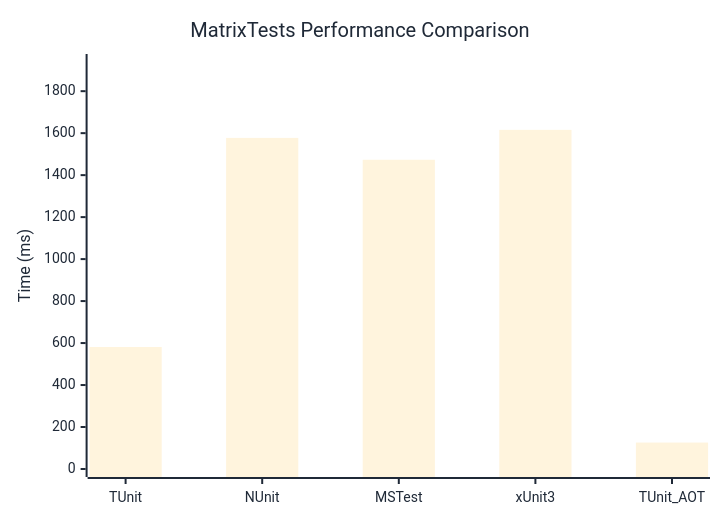
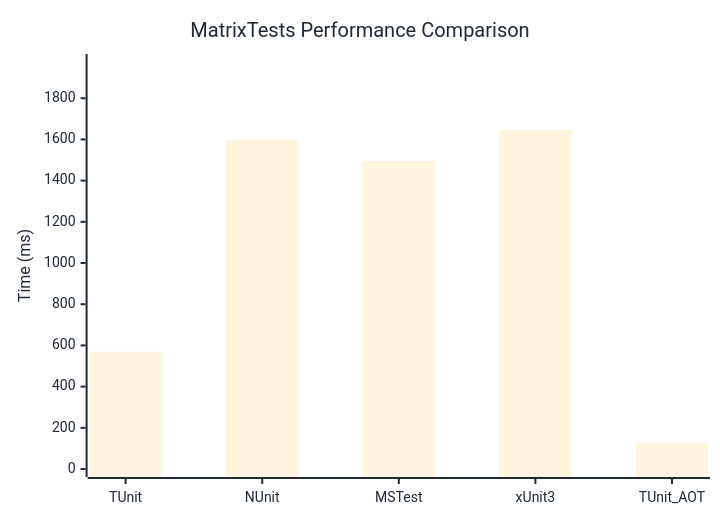
The diagram in docs/docs/benchmarks/MatrixTests.md (thomhurst/TUnit), drawn with Mermaid before and after one commit. The commit also changed other lines of this file and 17 other files, not shown here.

````diff
--- a/docs/docs/benchmarks/MatrixTests.md
+++ b/docs/docs/benchmarks/MatrixTests.md
@@ -27,37 +27,37 @@
 ```mermaid
 %%{init: {
   'theme':'base',
   'themeVariables': {
     'primaryColor': '#2563eb',
     'primaryTextColor': '#1f2937',
     'primaryBorderColor': '#1e40af',
     'lineColor': '#6b7280',
     'secondaryColor': '#7c3aed',
     'tertiaryColor': '#dc2626',
     'background': '#ffffff',
     'mainBkg': '#2563eb',
     'secondBkg': '#7c3aed',
     'tertiaryBkg': '#dc2626',
     'clusterBkg': '#f3f4f6',
     'edgeLabelBackground': '#ffffff',
     'tertiaryTextColor': '#1f2937',
     'pie1': '#2563eb',
     'pie2': '#7c3aed',
     'pie3': '#dc2626',
     'pie4': '#f59e0b',
     'pie5': '#10b981',
     'pie6': '#06b6d4',
     'pie7': '#ec4899',
     'pie8': '#6366f1',
     'pie9': '#84cc16',
     'pie10': '#f97316',
     'pie11': '#14b8a6',
     'pie12': '#a855f7'
   }
 }}%%
 xychart-beta
   title "MatrixTests Performance Comparison"
   x-axis ["TUnit", "NUnit", "MSTest", "xUnit3", "TUnit_AOT"]
-  y-axis "Time (ms)" 0 --> 1939
-  bar [581.2, 1577.4, 1473.2, 1615.7, 125.9]
+  y-axis "Time (ms)" 0 --> 1976
+  bar [569.9, 1598.1, 1495.6, 1645.9, 124.7]
 ```
````
